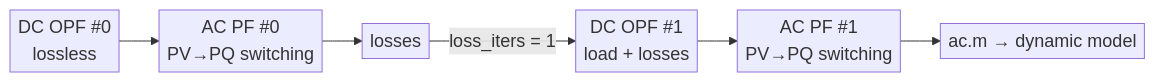
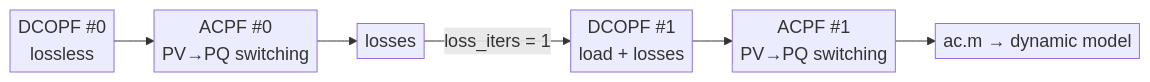
Before and after one commit to ORNL/GridKit: the third of 4 diagrams in uq-usecase/work-notes/datacenter_pilot_report.md, drawn with Mermaid. The commit also changed other lines of this file and 3 other files, not shown here.

````diff
--- a/uq-usecase/work-notes/datacenter_pilot_report.md
+++ b/uq-usecase/work-notes/datacenter_pilot_report.md
@@ -227,9 +227,9 @@
 ```mermaid
 %%{init: {"fontSize": 18, "themeVariables": {"fontSize": "18px"}, "flowchart": {"nodeSpacing": 24, "rankSpacing": 40, "padding": 4}}}%%
 flowchart LR
-    D0["DC OPF #0<br/>lossless"] --> A0["AC PF #0<br/>PV→PQ switching"]
+    D0["DCOPF #0<br/>lossless"] --> A0["ACPF #0<br/>PV→PQ switching"]
     A0 --> L["losses"]
-    L -->|"loss_iters = 1"| D1["DC OPF #1<br/>load + losses"]
-    D1 --> A1["AC PF #1<br/>PV→PQ switching"]
+    L -->|"loss_iters = 1"| D1["DCOPF #1<br/>load + losses"]
+    D1 --> A1["ACPF #1<br/>PV→PQ switching"]
     A1 --> O["ac.m → dynamic model"]
 ```
````
